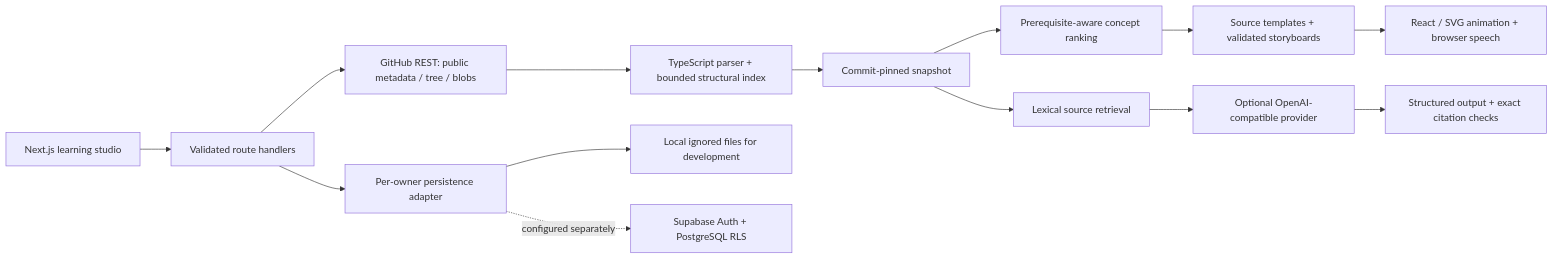
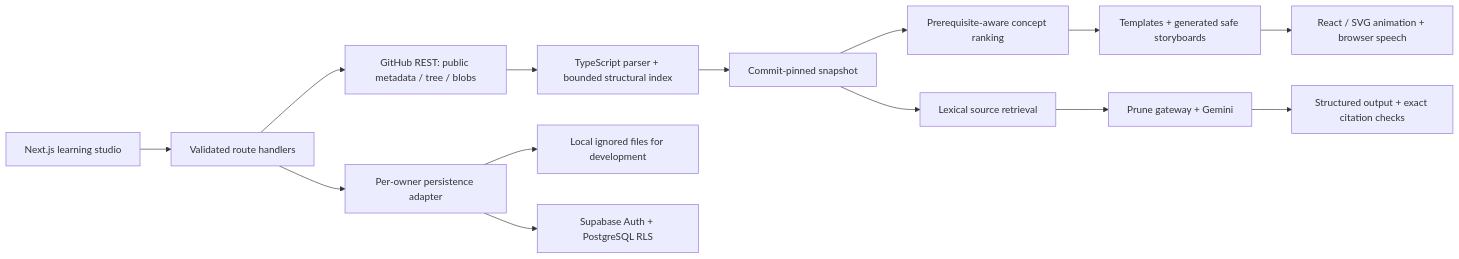
The diagram in docs/ARCHITECTURE.md (pranav-pokkula/synapse), drawn with Mermaid before and after one commit. The commit also changed other lines of this file and 41 other files, not shown here.

````diff
--- a/docs/ARCHITECTURE.md
+++ b/docs/ARCHITECTURE.md
@@ -5,16 +5,16 @@
 ```mermaid
 flowchart LR
   UI[Next.js learning studio] --> API[Validated route handlers]
   API --> GH[GitHub REST: public metadata / tree / blobs]
   GH --> IDX[TypeScript parser + bounded structural index]
   IDX --> SNAP[Commit-pinned snapshot]
   SNAP --> PATH[Prerequisite-aware concept ranking]
-  PATH --> LESSON[Source templates + validated storyboards]
+  PATH --> LESSON[Templates + generated safe storyboards]
   LESSON --> VIEW[React / SVG animation + browser speech]
   SNAP --> RET[Lexical source retrieval]
-  RET --> LLM[Optional OpenAI-compatible provider]
+  RET --> LLM[Prune gateway + Gemini]
   LLM --> CHECK[Structured output + exact citation checks]
   API --> STORE[Per-owner persistence adapter]
   STORE --> LOCAL[Local ignored files for development]
-  STORE -. configured separately .-> SB[Supabase Auth + PostgreSQL RLS]
+  STORE --> SB[Supabase Auth + PostgreSQL RLS]
 ```
````
